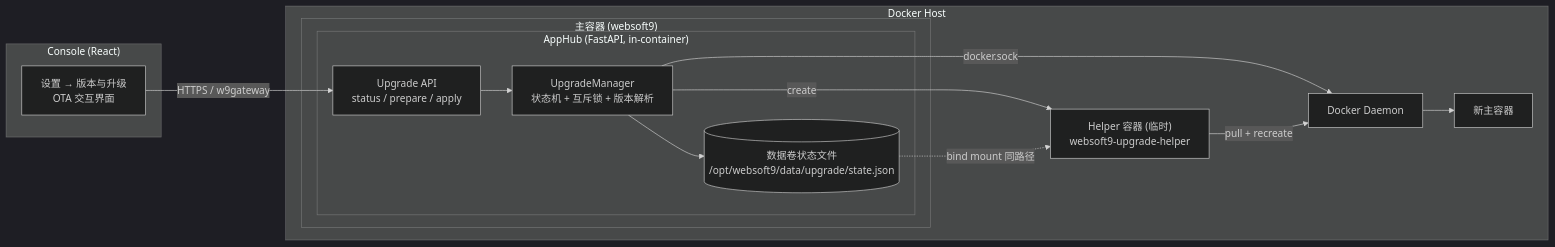
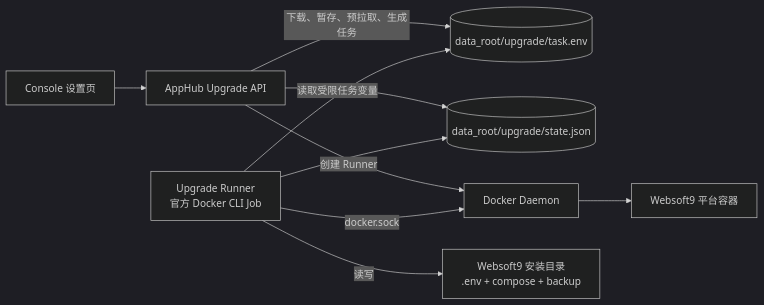
One commit to Websoft9/websoft9 changed the diagram in _bmad-output/planning-artifacts/platform-in-console-upgrade-solution.md. Above: the diagram before and after it, drawn with Mermaid (dark theme). The commit also changed other lines of this file and 23 other files, not shown here.

First line of the commit message:
feat(upgrade): in-console platform upgrade with pre-pull and auto download

````diff
--- a/_bmad-output/planning-artifacts/platform-in-console-upgrade-solution.md
+++ b/_bmad-output/planning-artifacts/platform-in-console-upgrade-solution.md
@@ -192,29 +48,12 @@
 ```mermaid
 flowchart LR
-  subgraph Console["Console (React)"]
-    UI["设置 → 版本与升级<br/>OTA 交互界面"]
-  end
-
-  subgraph AppHub["AppHub (FastAPI, in-container)"]
-    API["Upgrade API<br/>status / prepare / apply"]
-    MGR["UpgradeManager<br/>状态机 + 互斥锁 + 版本解析"]
-    STATE[("数据卷状态文件<br/>/opt/websoft9/data/upgrade/state.json")]
-    API --> MGR --> STATE
-  end
-
-  subgraph Host["Docker Host"]
-    DK["Docker Daemon"]
-    subgraph Main["主容器 (websoft9)"]
-      AppHub
-    end
-    HELPER["Helper 容器 (临时)<br/>websoft9-upgrade-helper"]
-    NEW["新主容器"]
-  end
-
-  UI -->|HTTPS / w9gateway| API
-  MGR -->|docker.sock| DK
-  MGR -->|create| HELPER
-  HELPER -->|pull + recreate| DK
-  DK --> NEW
-  STATE -.->|"bind mount 同路径"| HELPER
+  UI[Console 设置页] --> API[AppHub Upgrade API]
+  API -->|下载、暂存、预拉取、生成任务| TASK[(data_root/upgrade/task.env)]
+  API --> STATE[(data_root/upgrade/state.json)]
+  API -->|创建 Runner| D[Docker Daemon]
+  R[Upgrade Runner<br/>官方 Docker CLI Job] -->|docker.sock| D
+  R -->|读取受限任务变量| TASK
+  R -->|读写| I[Websoft9 安装目录<br/>.env + compose + backup]
+  D --> P[Websoft9 平台容器]
+  R --> STATE
 ```
````
